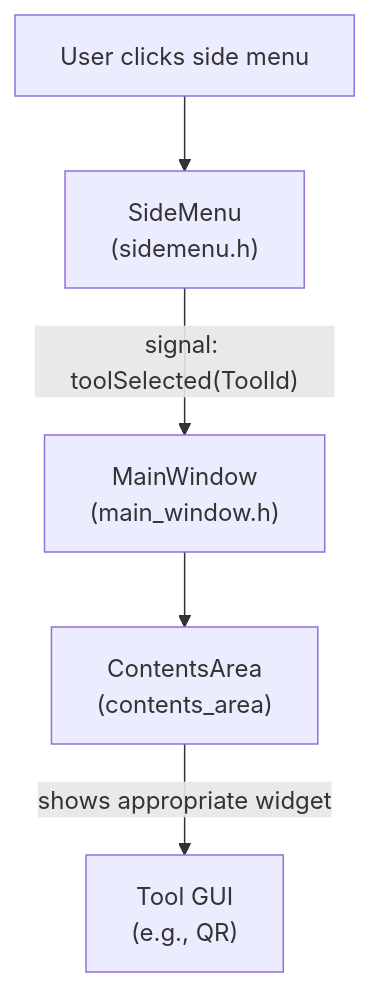
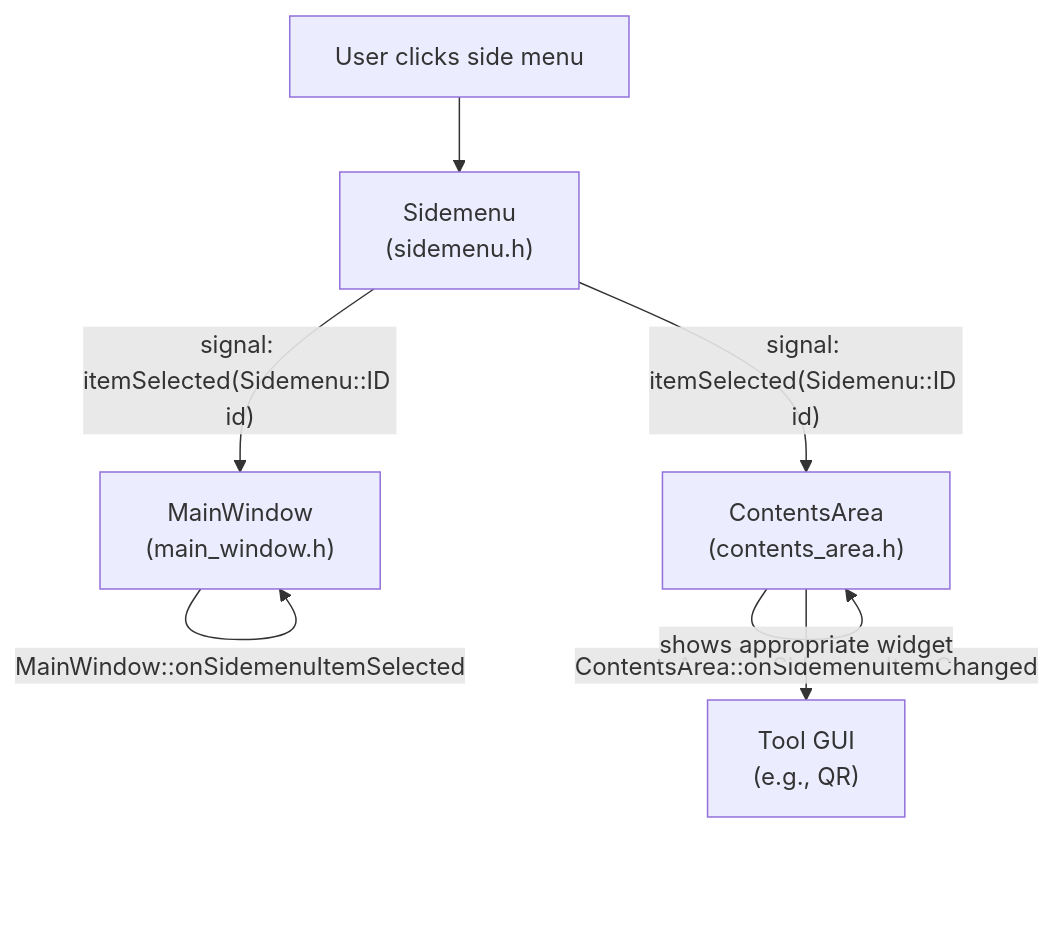
Before and after one commit to LotusAndCompany/devtools: the fourth of 9 diagrams in docs/development/architecture.md, drawn with Mermaid. The commit also changed other lines of this file and 6 other files, not shown here.

````diff
--- a/docs/development/architecture.md
+++ b/docs/development/architecture.md
@@ -145,7 +145,9 @@
 ```mermaid
 flowchart TD
-    user["User clicks side menu"] --> side["SideMenu<br/>(sidemenu.h)"]
-    side -->|"signal: toolSelected(ToolId)"| main["MainWindow<br/>(main_window.h)"]
-    main --> area["ContentsArea<br/>(contents_area)"]
+    user["User clicks side menu"] --> side["Sidemenu<br/>(sidemenu.h)"]
+    side -->|"signal: itemSelected(Sidemenu::ID id)"| main["MainWindow<br/>(main_window.h)"]
+    main -->|"MainWindow::onSidemenuItemSelected"| main
+    side -->|"signal: itemSelected(Sidemenu::ID id)"| area["ContentsArea<br/>(contents_area.h)"]
+    area -->|"ContentsArea::onSidemenuItemChanged"| area
     area -->|"shows appropriate widget"| tool["Tool GUI<br/>(e.g., QR)"]
 ```
````
